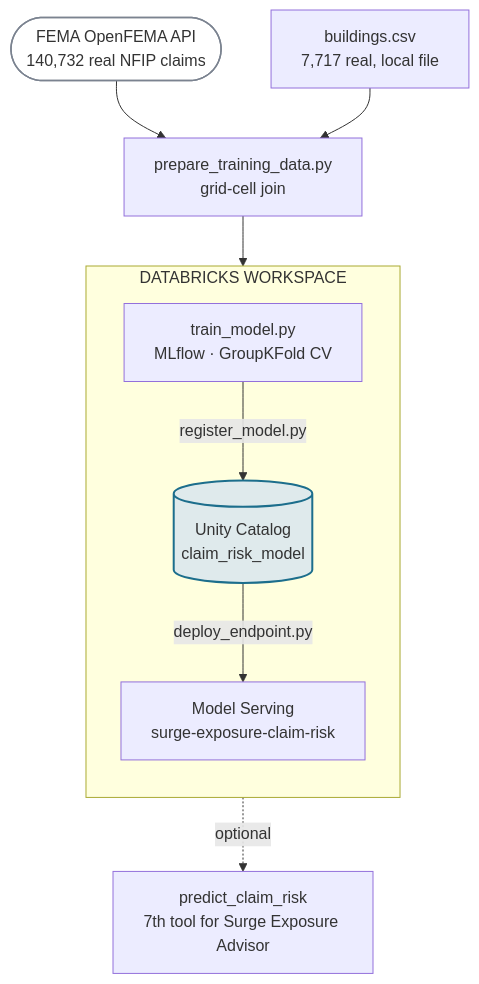
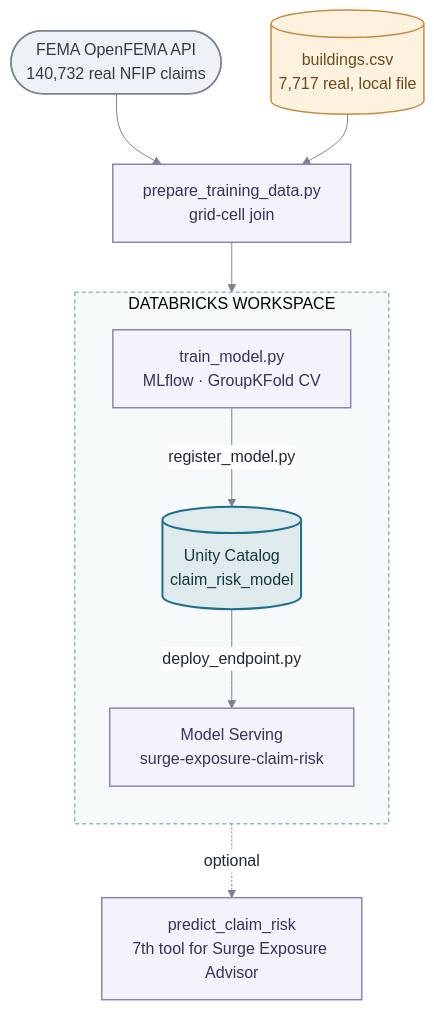
The fifth of 5 diagrams in README.md (DBishal13/databricks-ai-capstone), drawn with Mermaid before and after one commit. The commit also changed other lines of this file, not shown here.

First line of the commit message:
Fix washed-out Mermaid node colors on GitHub with an explicit base theme

````diff
--- a/README.md
+++ b/README.md
@@ -244,19 +266,26 @@
 ```mermaid
+%%{init: {"theme": "base", "themeVariables": {"primaryColor": "#ffffff", "primaryBorderColor": "#7b8390", "primaryTextColor": "#1f2937", "lineColor": "#7b8390"}}}%%
 flowchart TD
     FEMA(["FEMA OpenFEMA API<br/>140,732 real NFIP claims"]) --> Join
-    Buildings["buildings.csv<br/>7,717 real, local file"] --> Join
+    Buildings[("buildings.csv<br/>7,717 real, local file")] --> Join
     Join["prepare_training_data.py<br/>grid-cell join"] --> Train
 
     subgraph WORKSPACE["DATABRICKS WORKSPACE"]
         direction TB
         Train["train_model.py<br/>MLflow · GroupKFold CV"] -->|register_model.py| Registry[("Unity Catalog<br/>claim_risk_model")]
         Registry -->|deploy_endpoint.py| Serving["Model Serving<br/>surge-exposure-claim-risk"]
     end
 
     Serving -.optional.-> Tool["predict_claim_risk<br/>7th tool for Surge Exposure Advisor"]
 
-    classDef hub fill:#dfeaec,stroke:#1c6e8c,stroke-width:2px;
-    classDef ext fill:#ffffff,stroke:#7b8390,stroke-width:1.5px;
+    style WORKSPACE fill:#f6fafb,stroke:#8fb9c4,stroke-width:1.5px,stroke-dasharray:4 3
+
+    classDef hub fill:#dfeaec,stroke:#1c6e8c,stroke-width:2px,color:#123842;
+    classDef store fill:#fdf1e0,stroke:#c98a3d,stroke-width:1.5px,color:#6b4a17;
+    classDef ext fill:#eef1f6,stroke:#7b8390,stroke-width:1.5px,color:#333c46;
+    classDef proc fill:#f4f2fb,stroke:#8b86ad,stroke-width:1.5px,color:#37325c;
     class Registry hub
+    class Buildings store
     class FEMA ext
+    class Join,Train,Serving,Tool proc
 ```
````
